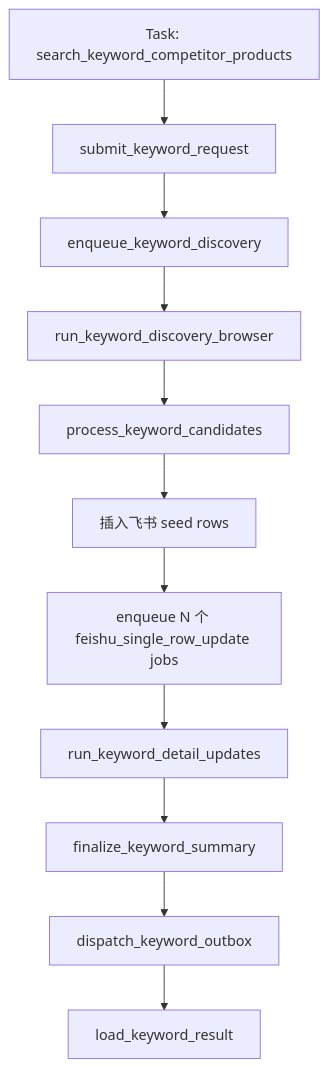
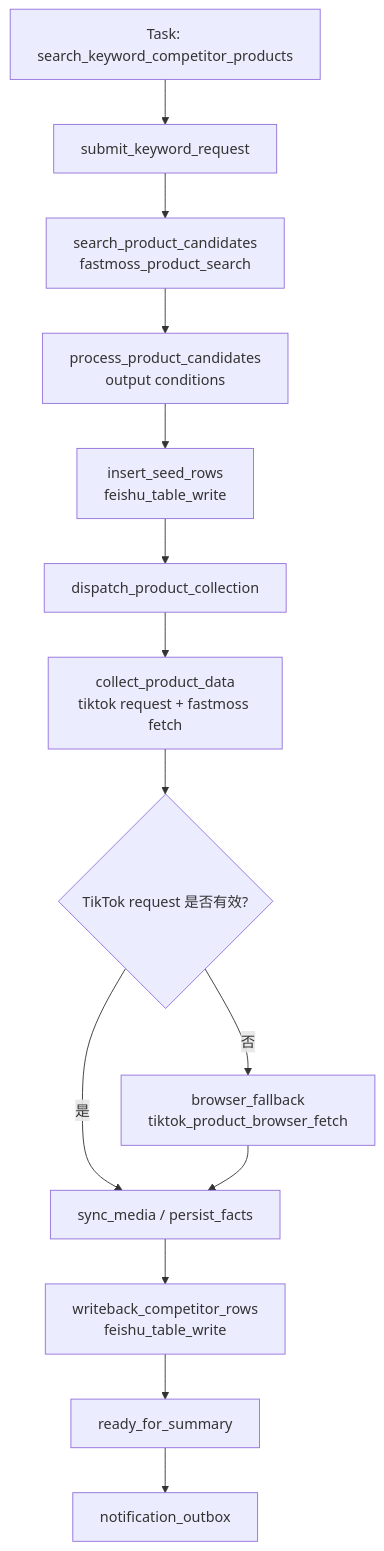
One commit to knighterrantsky/mujitask changed the fourth of 5 diagrams in docs/arch/workflow-competitor-table-design.md. Above: the diagram before and after it, drawn with Mermaid. The commit also changed other lines of this file and 53 other files, not shown here.

````diff
--- a/docs/arch/workflow-competitor-table-design.md
+++ b/docs/arch/workflow-competitor-table-design.md
@@ -74,13 +138,16 @@
 ```mermaid
 flowchart TD
     A["Task: search_keyword_competitor_products"] --> B["submit_keyword_request"]
-    B --> C["enqueue_keyword_discovery"]
-    C --> D["run_keyword_discovery_browser"]
-    D --> E["process_keyword_candidates"]
-    E --> F["插入飞书 seed rows"]
-    F --> G["enqueue N 个 feishu_single_row_update jobs"]
-    G --> H["run_keyword_detail_updates"]
-    H --> I["finalize_keyword_summary"]
-    I --> J["dispatch_keyword_outbox"]
-    J --> K["load_keyword_result"]
+    B --> C["search_product_candidates<br/>fastmoss_product_search"]
+    C --> D["process_product_candidates<br/>output conditions"]
+    D --> E["insert_seed_rows<br/>feishu_table_write"]
+    E --> F["dispatch_product_collection"]
+    F --> G["collect_product_data<br/>tiktok request + fastmoss fetch"]
+    G --> H{"TikTok request 是否有效?"}
+    H -->|否| I["browser_fallback<br/>tiktok_product_browser_fetch"]
+    H -->|是| J["sync_media / persist_facts"]
+    I --> J
+    J --> K["writeback_competitor_rows<br/>feishu_table_write"]
+    K --> L["ready_for_summary"]
+    L --> M["notification_outbox"]
 ```
````
